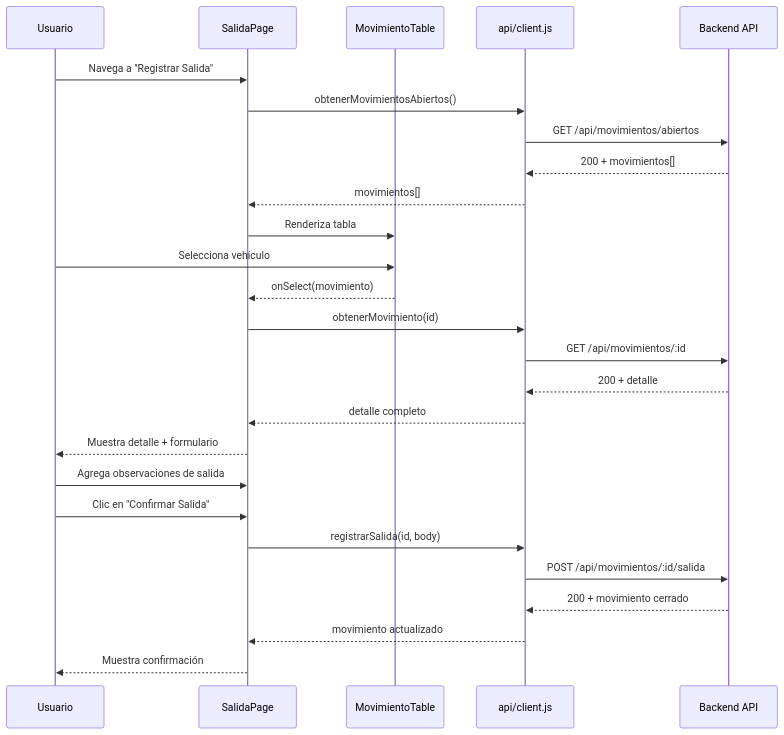
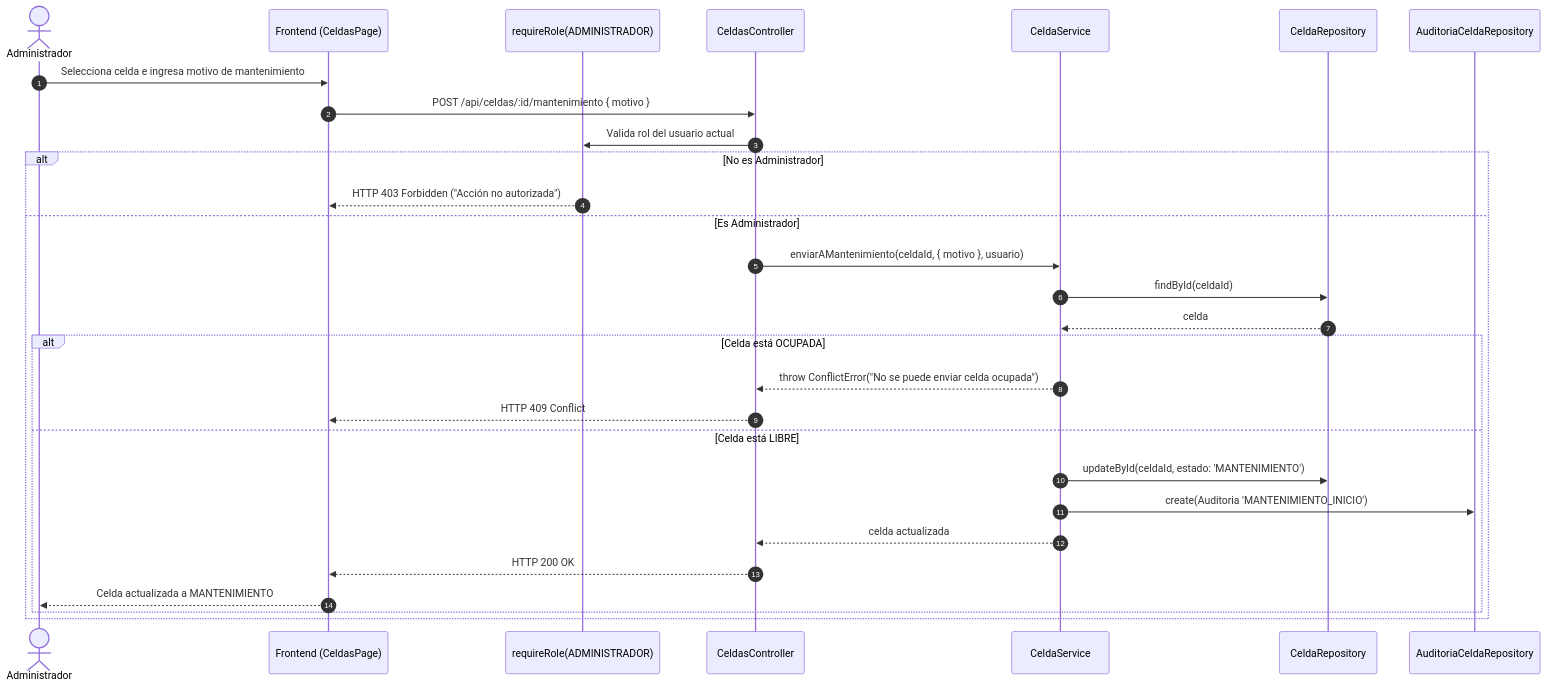
One commit to Miguelzuleta002/-autos-colombia changed the third of 3 diagrams in docs/arquitectura.md. Above: the diagram before and after it, drawn with Mermaid. The commit also changed other lines of this file and 45 other files, not shown here.

````diff
--- a/docs/arquitectura.md
+++ b/docs/arquitectura.md
@@ -292,31 +117,32 @@
 ```mermaid
 sequenceDiagram
-    participant U as Usuario
-    participant SP as SalidaPage
-    participant MT as MovimientoTable
-    participant API as api/client.js
-    participant BE as Backend API
-    
-    U->>SP: Navega a "Registrar Salida"
-    SP->>API: obtenerMovimientosAbiertos()
-    API->>BE: GET /api/movimientos/abiertos
-    BE-->>API: 200 + movimientos[]
-    API-->>SP: movimientos[]
-    SP->>MT: Renderiza tabla
-    
-    U->>MT: Selecciona vehículo
-    MT-->>SP: onSelect(movimiento)
-    SP->>API: obtenerMovimiento(id)
-    API->>BE: GET /api/movimientos/:id
-    BE-->>API: 200 + detalle
-    API-->>SP: detalle completo
-    SP-->>U: Muestra detalle + formulario
-    
-    U->>SP: Agrega observaciones de salida
-    U->>SP: Clic en "Confirmar Salida"
-    SP->>API: registrarSalida(id, body)
-    API->>BE: POST /api/movimientos/:id/salida
-    BE-->>API: 200 + movimiento cerrado
-    API-->>SP: movimiento actualizado
-    SP-->>U: Muestra confirmación
+    autonumber
+    actor Admin as Administrador
+    participant UI as Frontend (CeldasPage)
+    participant Auth as requireRole(ADMINISTRADOR)
+    participant Ctrl as CeldasController
+    participant CelServ as CeldaService
+    participant CelRepo as CeldaRepository
+    participant AudRepo as AuditoriaCeldaRepository
+
+    Admin->>UI: Selecciona celda e ingresa motivo de mantenimiento
+    UI->>Ctrl: POST /api/celdas/:id/mantenimiento { motivo }
+    Ctrl->>Auth: Valida rol del usuario actual
+    alt No es Administrador
+        Auth-->>UI: HTTP 403 Forbidden ("Acción no autorizada")
+    else Es Administrador
+        Ctrl->>CelServ: enviarAMantenimiento(celdaId, { motivo }, usuario)
+        CelServ->>CelRepo: findById(celdaId)
+        CelRepo-->>CelServ: celda
+        alt Celda está OCUPADA
+            CelServ-->>Ctrl: throw ConflictError("No se puede enviar celda ocupada")
+            Ctrl-->>UI: HTTP 409 Conflict
+        else Celda está LIBRE
+            CelServ->>CelRepo: updateById(celdaId, estado: 'MANTENIMIENTO')
+            CelServ->>AudRepo: create(Auditoria 'MANTENIMIENTO_INICIO')
+            CelServ-->>Ctrl: celda actualizada
+            Ctrl-->>UI: HTTP 200 OK
+            UI-->>Admin: Celda actualizada a MANTENIMIENTO
+        end
+    end
 ```
````
